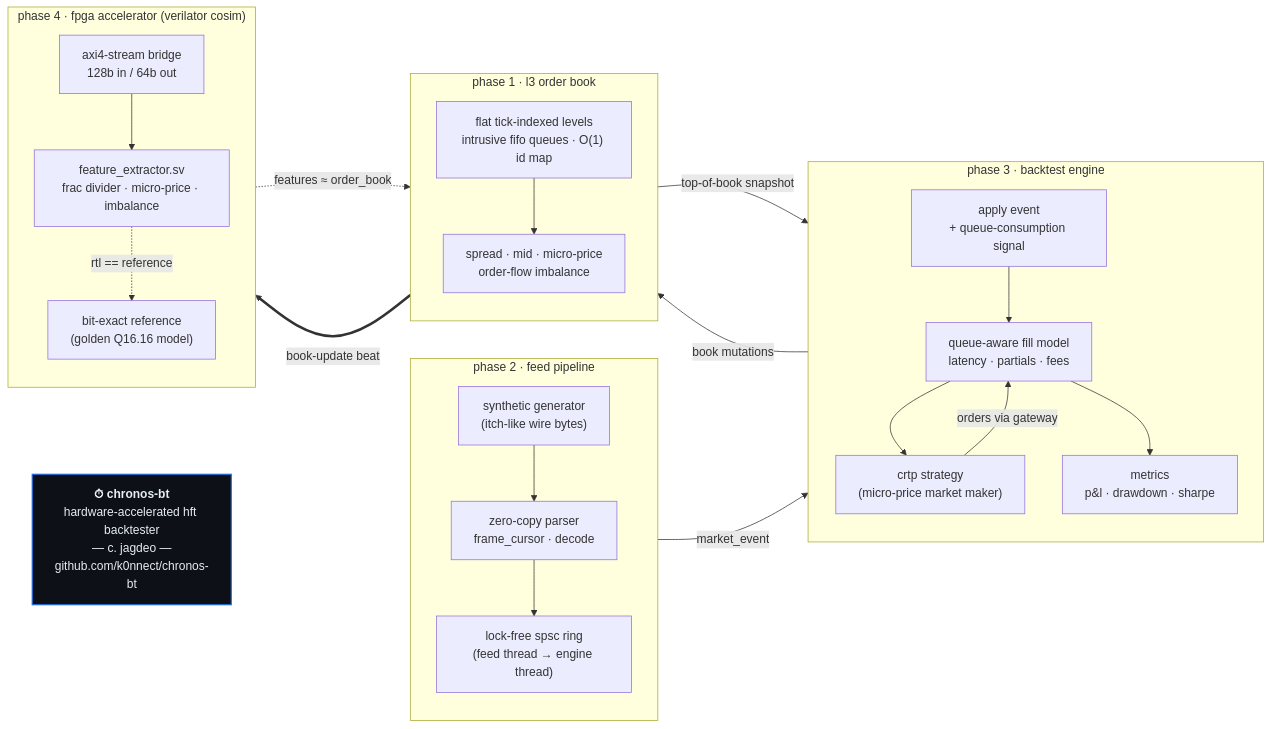
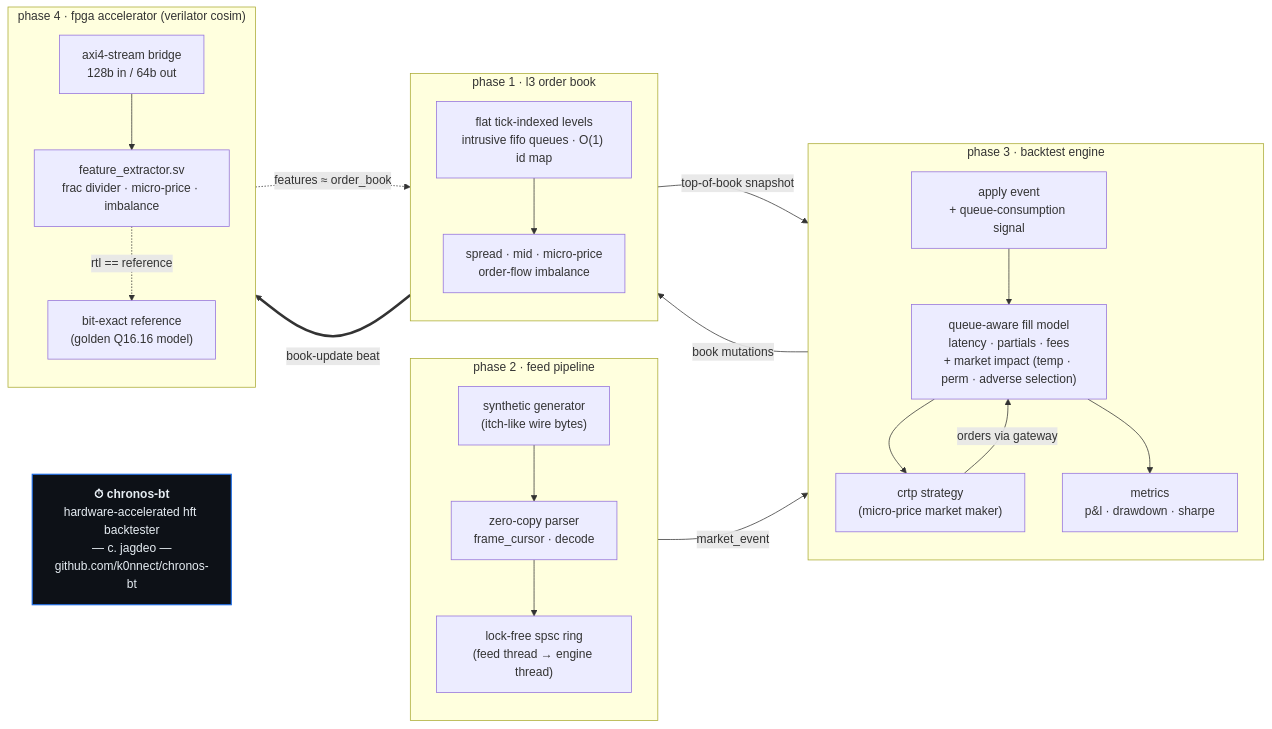
Before and after one commit to k0nnect/chronos-hft: the diagram in README.md, drawn with Mermaid. The commit also changed other lines of this file and 45 other files, not shown here.

Commit message:
impl: market impact + alpha decay modeling

````diff
--- a/README.md
+++ b/README.md
@@ -10,52 +10,52 @@
 ```mermaid
 flowchart LR
     %% ── watermark ───────────────────────────────
     BRAND["<b>⏱ chronos-bt</b><br/>hardware-accelerated hft backtester<br/>— c. jagdeo —<br/>github.com/k0nnect/chronos-bt"]
     click BRAND href "https://github.com/k0nnect/chronos-bt" "chronos-bt · c. jagdeo" _blank
     BRAND ~~~ feed
 
     subgraph feed["phase 2 · feed pipeline"]
         direction TB
         GEN["synthetic generator<br/>(itch-like wire bytes)"]
         PARSE["zero-copy parser<br/>frame_cursor · decode"]
         RING["lock-free spsc ring<br/>(feed thread → engine thread)"]
         GEN --> PARSE --> RING
     end
 
     subgraph book["phase 1 · l3 order book"]
         direction TB
         BOOK["flat tick-indexed levels<br/>intrusive fifo queues · O(1) id map"]
         ANALYTICS["spread · mid · micro-price<br/>order-flow imbalance"]
         BOOK --> ANALYTICS
     end
 
     subgraph engine["phase 3 · backtest engine"]
         direction TB
         APPLY["apply event<br/>+ queue-consumption signal"]
-        FILL["queue-aware fill model<br/>latency · partials · fees"]
+        FILL["queue-aware fill model<br/>latency · partials · fees<br/>+ market impact (temp · perm · adverse selection)"]
         STRAT["crtp strategy<br/>(micro-price market maker)"]
         METRICS["metrics<br/>p&l · drawdown · sharpe"]
         APPLY --> FILL --> STRAT
         FILL --> METRICS
     end
 
     subgraph hw["phase 4 · fpga accelerator (verilator cosim)"]
         direction TB
         AXI["axi4-stream bridge<br/>128b in / 64b out"]
         RTL["feature_extractor.sv<br/>frac divider · micro-price · imbalance"]
         REF["bit-exact reference<br/>(golden Q16.16 model)"]
         AXI --> RTL
         RTL -.->|rtl == reference| REF
     end
 
     RING -->|market_event| APPLY
     APPLY -->|book mutations| BOOK
     BOOK -->|top-of-book snapshot| STRAT
     STRAT -->|orders via gateway| FILL
     BOOK ==>|book-update beat| AXI
     REF -.->|features ≈ order_book| ANALYTICS
 
     %% ── styling ─────────────────────────────────────────
     classDef brand fill:#0d1117,stroke:#1f6feb,stroke-width:1.5px,color:#e6edf3;
     class BRAND brand;
 ```
````
